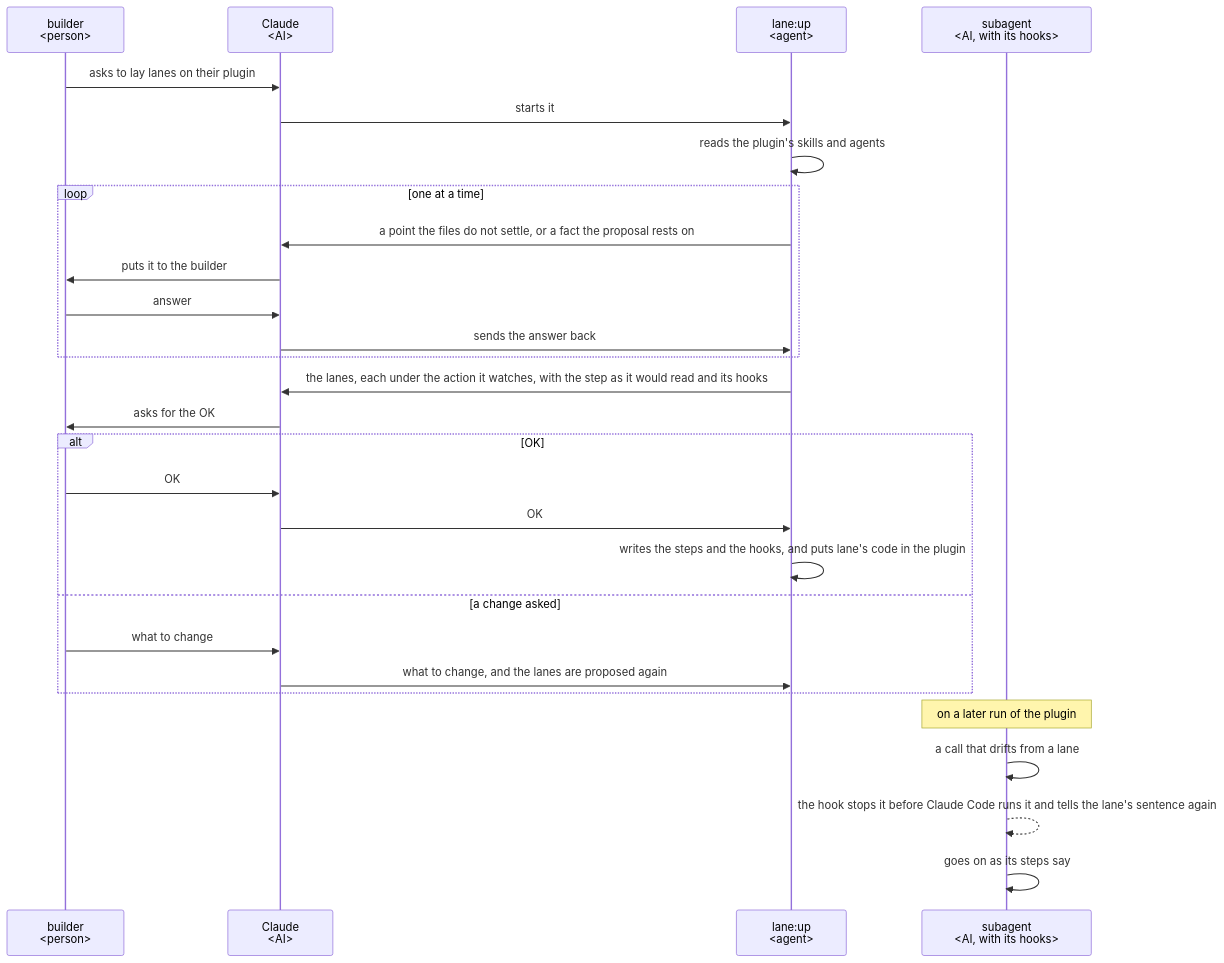
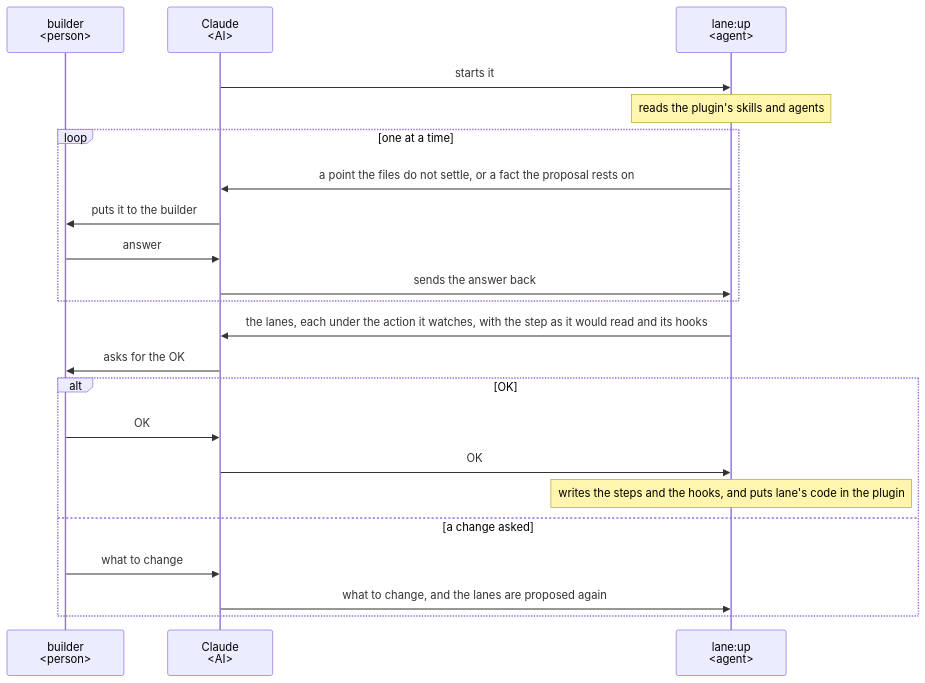
Before and after one commit to lovaizu/ccpm: the second of 3 diagrams in dev/lane/ux.md, drawn with Mermaid. The commit also changed other lines of this file and 3 other files, not shown here.

````diff
--- a/dev/lane/ux.md
+++ b/dev/lane/ux.md
@@ -44,30 +66,24 @@
 ```mermaid
 sequenceDiagram
   participant B as builder<br/>#lt;person#gt;
   participant C as Claude<br/>#lt;AI#gt;
   participant L as lane:up<br/>#lt;agent#gt;
-  participant S as subagent<br/>#lt;AI, with its hooks#gt;
-  B->>C: asks to lay lanes on their plugin
   C->>L: starts it
-  L->>L: reads the plugin's skills and agents
+  Note over L: reads the plugin's skills and agents
   loop one at a time
     L->>C: a point the files do not settle, or a fact the proposal rests on
     C->>B: puts it to the builder
     B->>C: answer
     C->>L: sends the answer back
   end
   L->>C: the lanes, each under the action it watches, with the step as it would read and its hooks
   C->>B: asks for the OK
   alt OK
     B->>C: OK
     C->>L: OK
-    L->>L: writes the steps and the hooks, and puts lane's code in the plugin
+    Note over L: writes the steps and the hooks, and puts lane's code in the plugin
   else a change asked
     B->>C: what to change
     C->>L: what to change, and the lanes are proposed again
   end
-  Note over S: on a later run of the plugin
-  S->>S: a call that drifts from a lane
-  S-->>S: the hook stops it before Claude Code runs it and tells the lane's sentence again
-  S->>S: goes on as its steps say
 ```
````
